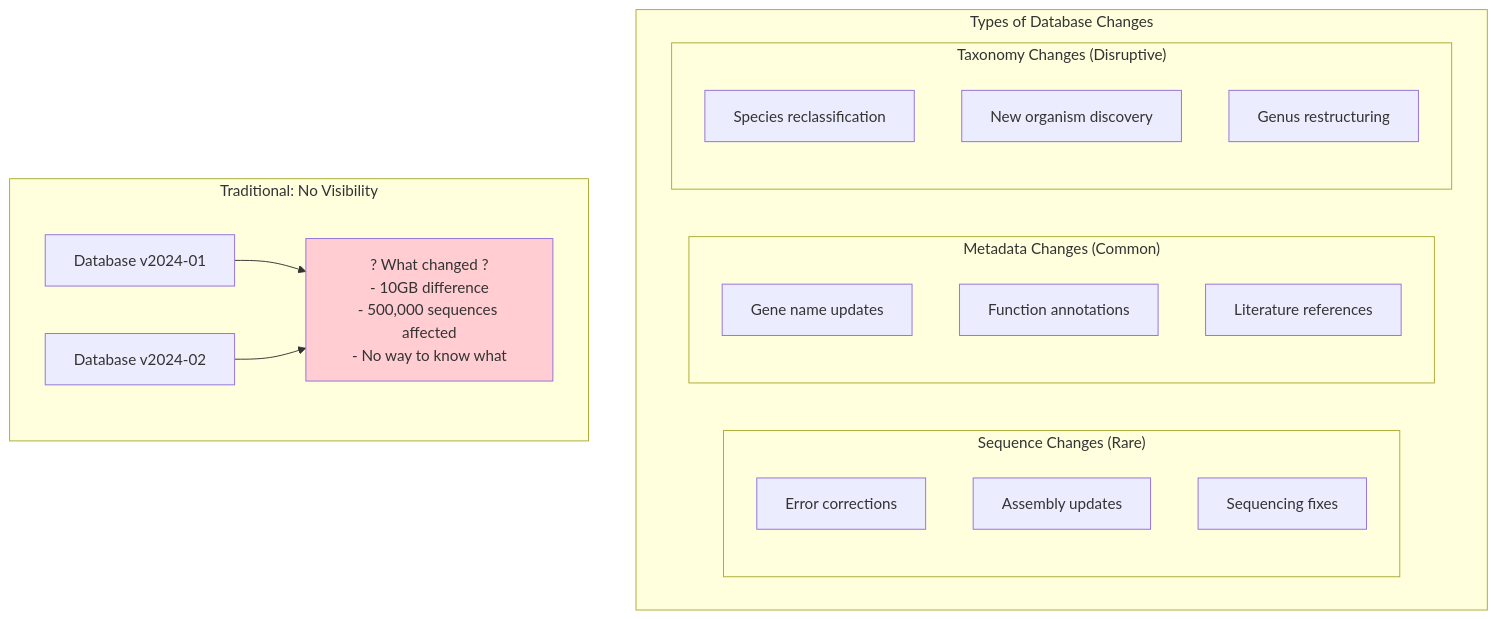
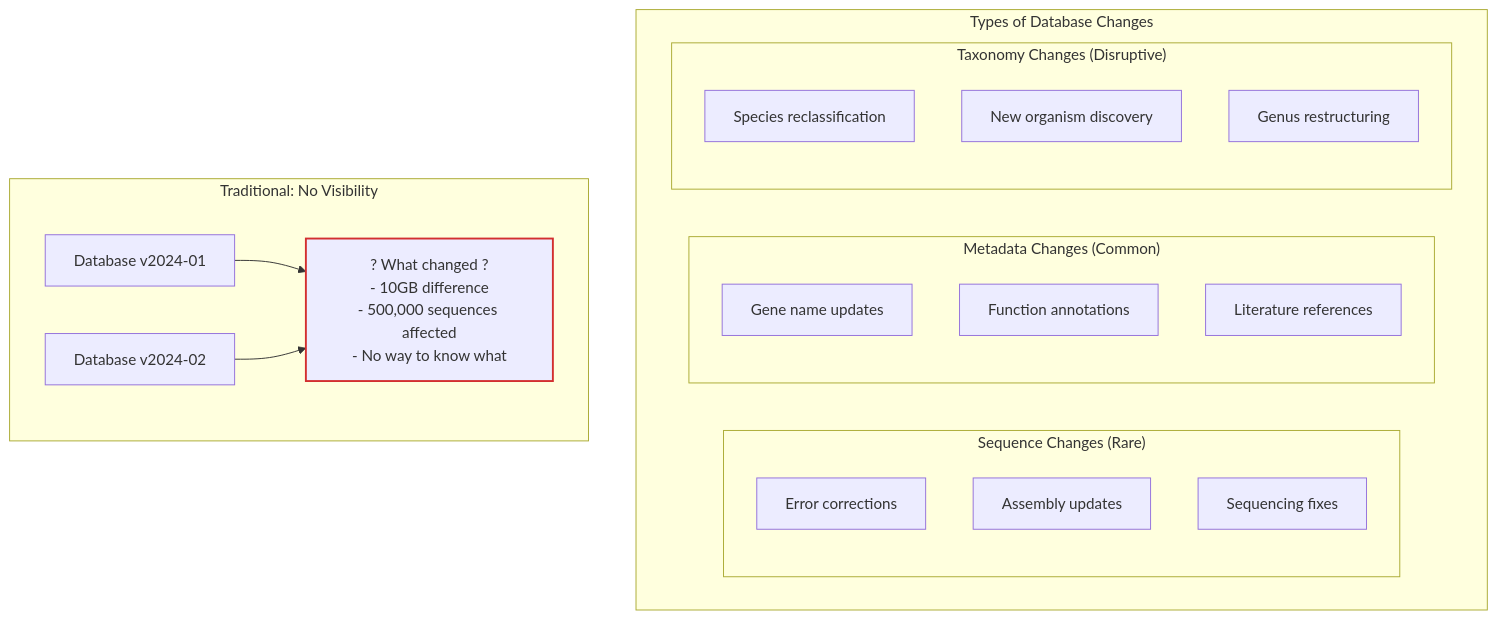
One commit to bfowle/talaria changed the ninth of 12 diagrams in docs/src/casg/case-studies.md. Above: the diagram before and after it, drawn with Mermaid. The commit also changed other lines of this file and 65 other files, not shown here.

````diff
--- a/docs/src/casg/case-studies.md
+++ b/docs/src/casg/case-studies.md
@@ -415,34 +519,34 @@
 ```mermaid
 graph TB
     subgraph "Types of Database Changes"
         subgraph "Sequence Changes (Rare)"
             SC1[Error corrections]
             SC2[Assembly updates]
             SC3[Sequencing fixes]
         end
 
         subgraph "Metadata Changes (Common)"
             MC1[Gene name updates]
             MC2[Function annotations]
             MC3[Literature references]
         end
 
         subgraph "Taxonomy Changes (Disruptive)"
             TC1[Species reclassification]
             TC2[New organism discovery]
             TC3[Genus restructuring]
         end
     end
 
     subgraph "Traditional: No Visibility"
         BEFORE[Database v2024-01]
         AFTER[Database v2024-02]
 
         BLACKBOX[? What changed ?<br/>- 10GB difference<br/>- 500,000 sequences affected<br/>- No way to know what]
 
         BEFORE --> BLACKBOX
         AFTER --> BLACKBOX
 
-        style BLACKBOX fill:#ffcdd2
+        style BLACKBOX stroke:#d32f2f,stroke-width:2px
     end
 ```
````
